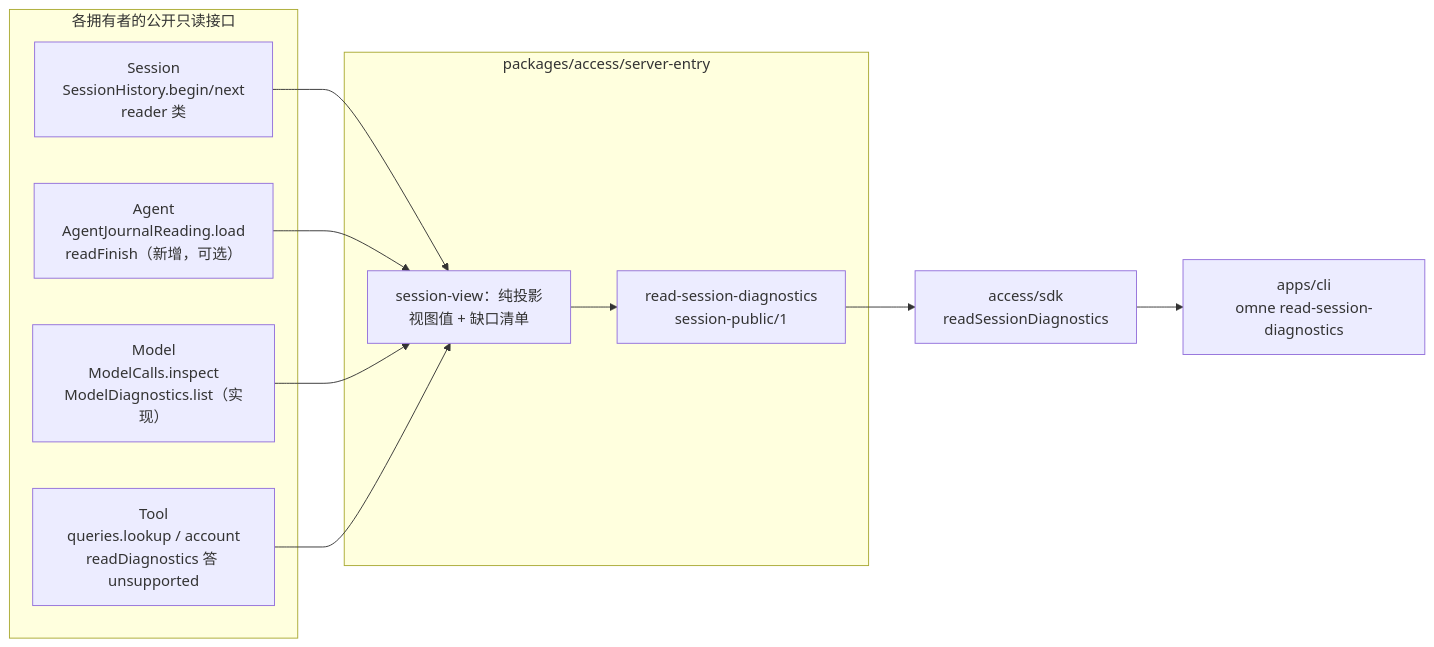
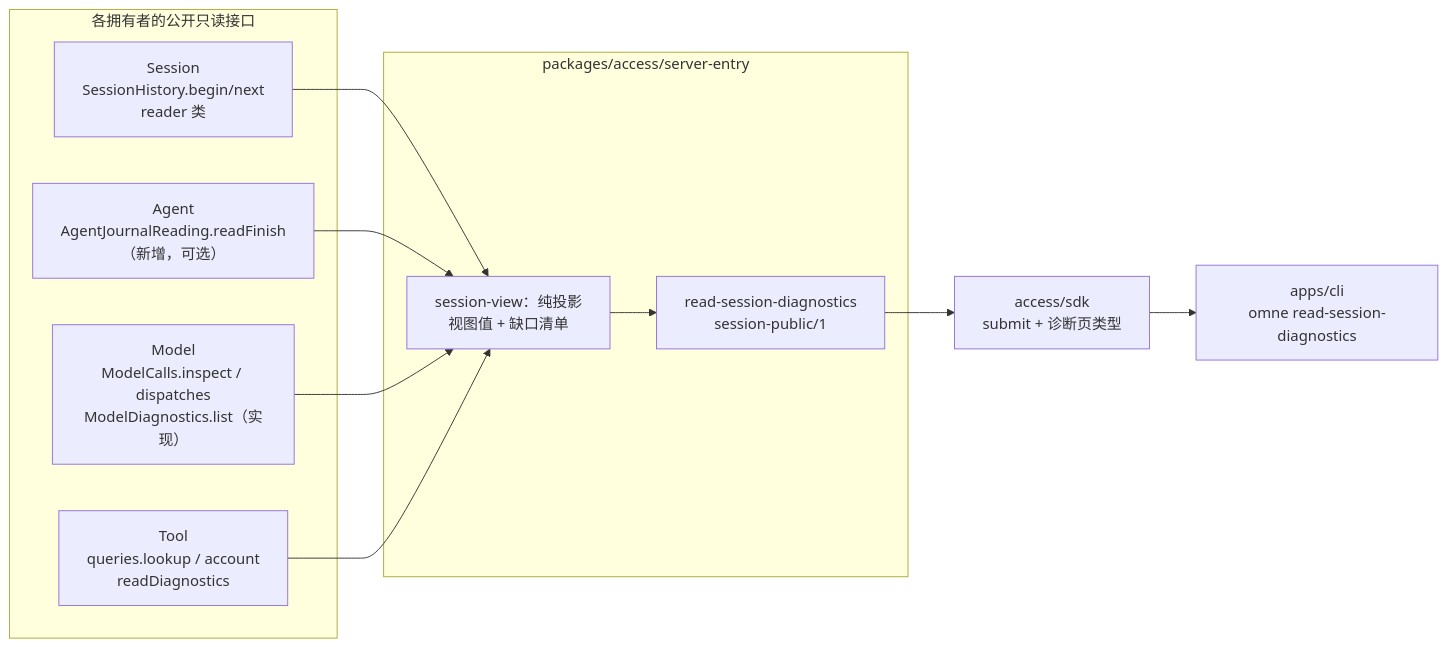
The first of 2 diagrams in docs/rfcs/RFC-0013-engineering-telemetry.md (nemori-ai/omne-harness-lite), drawn with Mermaid before and after one commit. The commit also changed other lines of this file and 69 other files, not shown here.

````diff
--- a/docs/rfcs/RFC-0013-engineering-telemetry.md
+++ b/docs/rfcs/RFC-0013-engineering-telemetry.md
@@ -84,21 +84,21 @@
 ```mermaid
 flowchart LR
   subgraph Sources["各拥有者的公开只读接口"]
     SH["Session<br/>SessionHistory.begin/next<br/>reader 类"]
-    AJ["Agent<br/>AgentJournalReading.load<br/>readFinish（新增，可选）"]
-    MD["Model<br/>ModelCalls.inspect<br/>ModelDiagnostics.list（实现）"]
-    TR["Tool<br/>queries.lookup / account<br/>readDiagnostics 答 unsupported"]
+    AJ["Agent<br/>AgentJournalReading.readFinish<br/>（新增，可选）"]
+    MD["Model<br/>ModelCalls.inspect / dispatches<br/>ModelDiagnostics.list（实现）"]
+    TR["Tool<br/>queries.lookup / account<br/>readDiagnostics"]
   end
   subgraph Entry["packages/access/server-entry"]
     V["session-view：纯投影<br/>视图值 + 缺口清单"]
     OP["read-session-diagnostics<br/>session-public/1"]
   end
-  SDK["access/sdk<br/>readSessionDiagnostics"]
+  SDK["access/sdk<br/>submit + 诊断页类型"]
   CLI["apps/cli<br/>omne read-session-diagnostics"]
   SH --> V
   AJ --> V
   MD --> V
   TR --> V
   V --> OP
   OP --> SDK --> CLI
 ```
````
